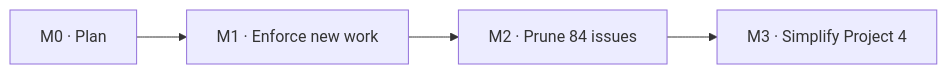
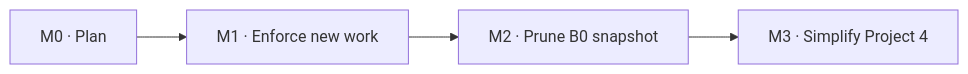
The second of 2 diagrams in docs/plans/ops-issue-hygiene.md (sibling-shipyard/coach-hq), drawn with Mermaid before and after one commit. The commit also changed other lines of this file, not shown here.

````diff
--- a/docs/plans/ops-issue-hygiene.md
+++ b/docs/plans/ops-issue-hygiene.md
@@ -44,4 +44,4 @@
 ```mermaid
 flowchart LR
-  m0["M0 · Plan"] --> m1["M1 · Enforce new work"] --> m2["M2 · Prune 84 issues"] --> m3["M3 · Simplify Project 4"]
+  m0["M0 · Plan"] --> m1["M1 · Enforce new work"] --> m2["M2 · Prune B0 snapshot"] --> m3["M3 · Simplify Project 4"]
 ```
````
